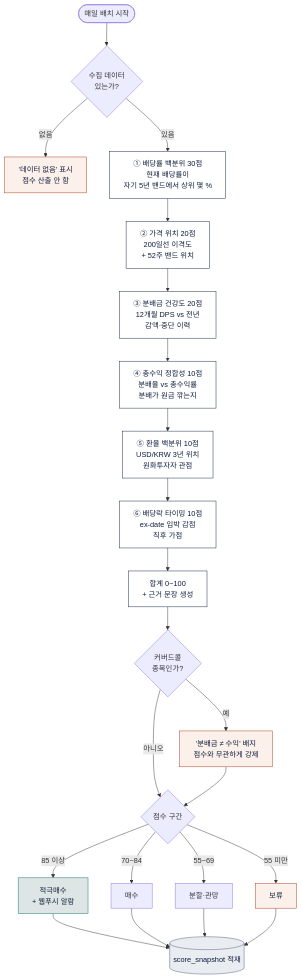
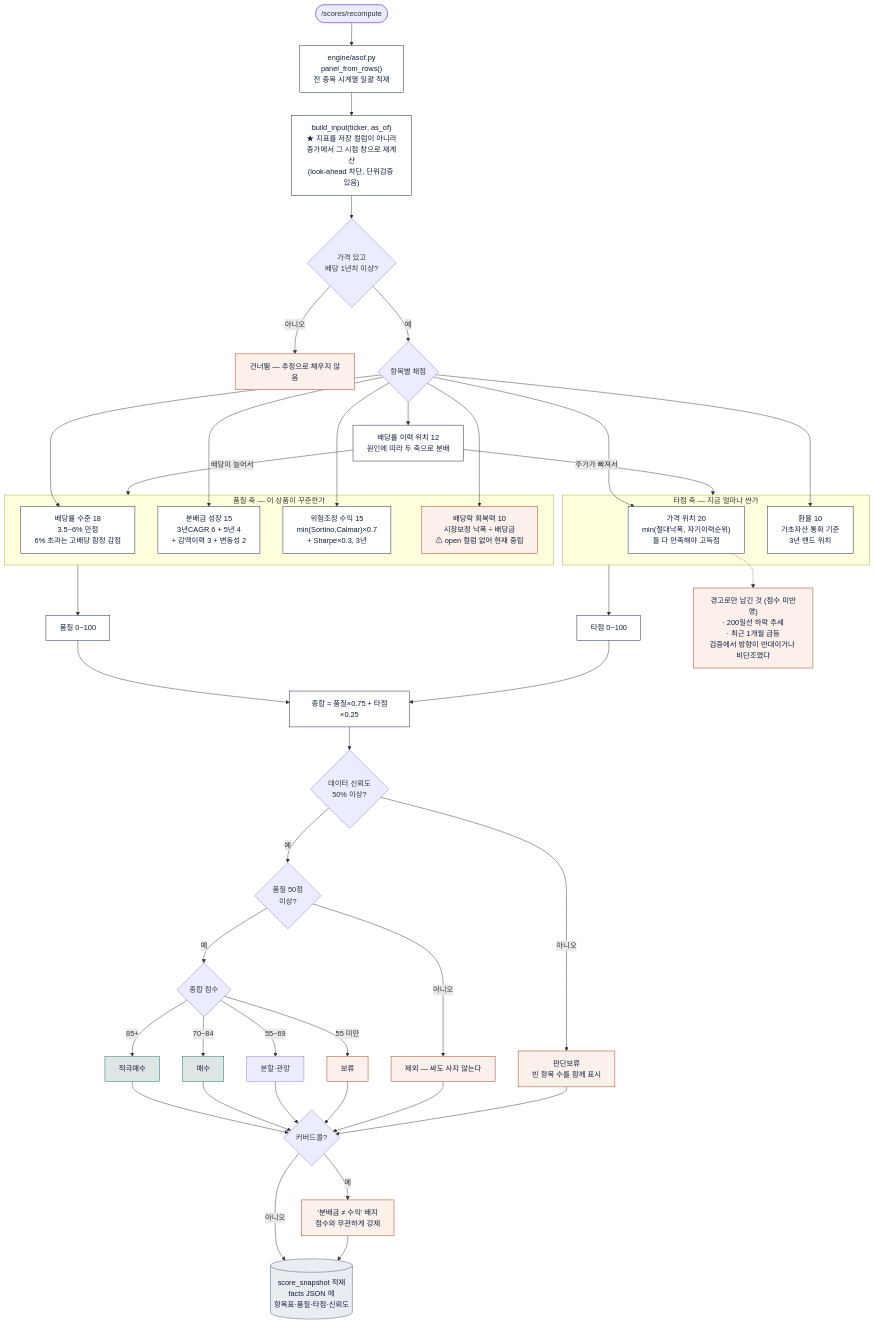
One commit to newwonwoo/divdesk changed the diagram in docs/score-flow.mermaid. Above: the diagram before and after it, drawn with Mermaid. The commit also changed 15 other files, not shown here.

```diff
--- a/docs/score-flow.mermaid
+++ b/docs/score-flow.mermaid
@@ -1,39 +1,77 @@
+%% 채점 흐름 — 2026-08-02 백테스트 결과로 재설계한 판.
+%% 옛 판(배당률 백분위 30 / 200일선 이격도 / 배당락 임박 감점)은 폐기했다.
+%% 되돌리기 전에 docs/DESIGN.md 5절을 반드시 읽을 것.
 flowchart TB
 
-  START(["매일 배치 시작"]) --> Q{"수집 데이터<br/>있는가?"}
-  Q -->|"없음"| NA["'데이터 없음' 표시<br/>점수 산출 안 함"]
-  Q -->|"있음"| C1
+  START(["/scores/recompute"]) --> PANEL["engine/asof.py<br/>panel_from_rows()<br/>전 종목 시계열 일괄 적재"]
+  PANEL --> BUILD["build_input(ticker, as_of)<br/>★ 지표를 저장 컬럼이 아니라<br/>종가에서 그 시점 창으로 재계산<br/>(look-ahead 차단, 단위검증 있음)"]
+  BUILD --> Q{"가격 있고<br/>배당 1년치 이상?"}
+  Q -->|"아니오"| SKIP["건너뜀 — 추정으로 채우지 않음"]
+  Q -->|"예"| SPLIT
 
-  C1["① 배당률 백분위 30점<br/>현재 배당률이<br/>자기 5년 밴드에서 상위 몇 %"]
-  C1 --> C2["② 가격 위치 20점<br/>200일선 이격도<br/>+ 52주 밴드 위치"]
-  C2 --> C3["③ 분배금 건강도 20점<br/>12개월 DPS vs 전년<br/>감액·중단 이력"]
-  C3 --> C4["④ 총수익 정합성 10점<br/>분배율 vs 총수익률<br/>분배가 원금 깎는지"]
-  C4 --> C5["⑤ 환율 백분위 10점<br/>USD/KRW 3년 위치<br/>원화투자자 관점"]
-  C5 --> C6["⑥ 배당락 타이밍 10점<br/>ex-date 임박 감점<br/>직후 가점"]
+  SPLIT{"항목별 채점"}
 
-  C6 --> SUM["합계 0~100<br/>+ 근거 문장 생성"]
-  SUM --> CCQ{"커버드콜<br/>종목인가?"}
-  CCQ -->|"예"| BADGE["'분배금 ≠ 수익' 배지<br/>점수와 무관하게 강제"]
-  CCQ -->|"아니오"| GRADE
-  BADGE --> GRADE
+  subgraph QUAL["품질 축 — 이 상품이 꾸준한가"]
+    A1["배당률 수준 18<br/>3.5~6% 만점<br/>6% 초과는 고배당 함정 감점"]
+    A2["분배금 성장 15<br/>3년CAGR 6 + 5년 4<br/>+ 감액이력 3 + 변동성 2"]
+    A3["위험조정 수익 15<br/>min(Sortino,Calmar)×0.7<br/>+ Sharpe×0.3, 3년"]
+    A4["배당락 회복력 10<br/>시장보정 낙폭 ÷ 배당금<br/>⚠ open 컬럼 없어 현재 중립"]
+  end
 
-  GRADE{"점수 구간"}
-  GRADE -->|"85 이상"| G1["적극매수<br/>+ 웹푸시 알람"]
+  subgraph TIME["타점 축 — 지금 얼마나 싼가"]
+    B1["가격 위치 20<br/>min(절대낙폭, 자기이력순위)<br/>둘 다 만족해야 고득점"]
+    B2["환율 10<br/>기초자산 통화 기준<br/>3년 밴드 위치"]
+  end
+
+  SPLIT --> A1
+  SPLIT --> A2
+  SPLIT --> A3
+  SPLIT --> A4
+  SPLIT --> B1
+  SPLIT --> B2
+
+  SPLIT --> YP["배당률 이력 위치 12<br/>원인에 따라 두 축으로 분배"]
+  YP -->|"배당이 늘어서"| QUAL
+  YP -->|"주가가 빠져서"| TIME
+
+  QUAL --> QS["품질 0~100"]
+  TIME --> TS["타점 0~100"]
+
+  QS --> TOT["종합 = 품질×0.75 + 타점×0.25"]
+  TS --> TOT
+
+  TOT --> CONF{"데이터 신뢰도<br/>50% 이상?"}
+  CONF -->|"아니오"| HOLD["판단보류<br/>빈 항목 수를 함께 표시"]
+  CONF -->|"예"| FLOOR{"품질 50점<br/>이상?"}
+  FLOOR -->|"아니오"| EXC["제외 — 싸도 사지 않는다"]
+  FLOOR -->|"예"| GRADE{"종합 점수"}
+
+  GRADE -->|"85+"| G1["적극매수"]
   GRADE -->|"70~84"| G2["매수"]
   GRADE -->|"55~69"| G3["분할·관망"]
   GRADE -->|"55 미만"| G4["보류"]
 
-  G1 --> SAVE[("score_snapshot 적재")]
-  G2 --> SAVE
-  G3 --> SAVE
-  G4 --> SAVE
+  G1 --> CC
+  G2 --> CC
+  G3 --> CC
+  G4 --> CC
+  EXC --> CC
+  HOLD --> CC
+
+  CC{"커버드콜?"}
+  CC -->|"예"| BADGE["'분배금 ≠ 수익' 배지<br/>점수와 무관하게 강제"]
+  CC -->|"아니오"| SAVE
+  BADGE --> SAVE[("score_snapshot 적재<br/>facts JSON 에<br/>항목표·품질·타점·신뢰도")]
+
+  WARN["경고로만 남긴 것 (점수 미반영)<br/>· 200일선 하락 추세<br/>· 최근 1개월 급등<br/>검증에서 방향이 반대이거나 비단조였다"]
+  B1 -.-> WARN
 
   classDef ok fill:#DDE6E4,stroke:#0E6F63,color:#0F1E3D
   classDef warn fill:#FBF0EA,stroke:#A63A18,color:#0F1E3D
   classDef core fill:#FFFFFF,stroke:#0F1E3D,color:#0F1E3D
   classDef store fill:#E9EDF2,stroke:#4A5872,color:#0F1E3D
 
-  class G1 ok
-  class NA,BADGE,G4 warn
-  class C1,C2,C3,C4,C5,C6,SUM core
+  class G1,G2 ok
+  class SKIP,EXC,HOLD,BADGE,G4,WARN,A4 warn
+  class A1,A2,A3,B1,B2,YP,QS,TS,TOT,PANEL,BUILD core
   class SAVE store
```
